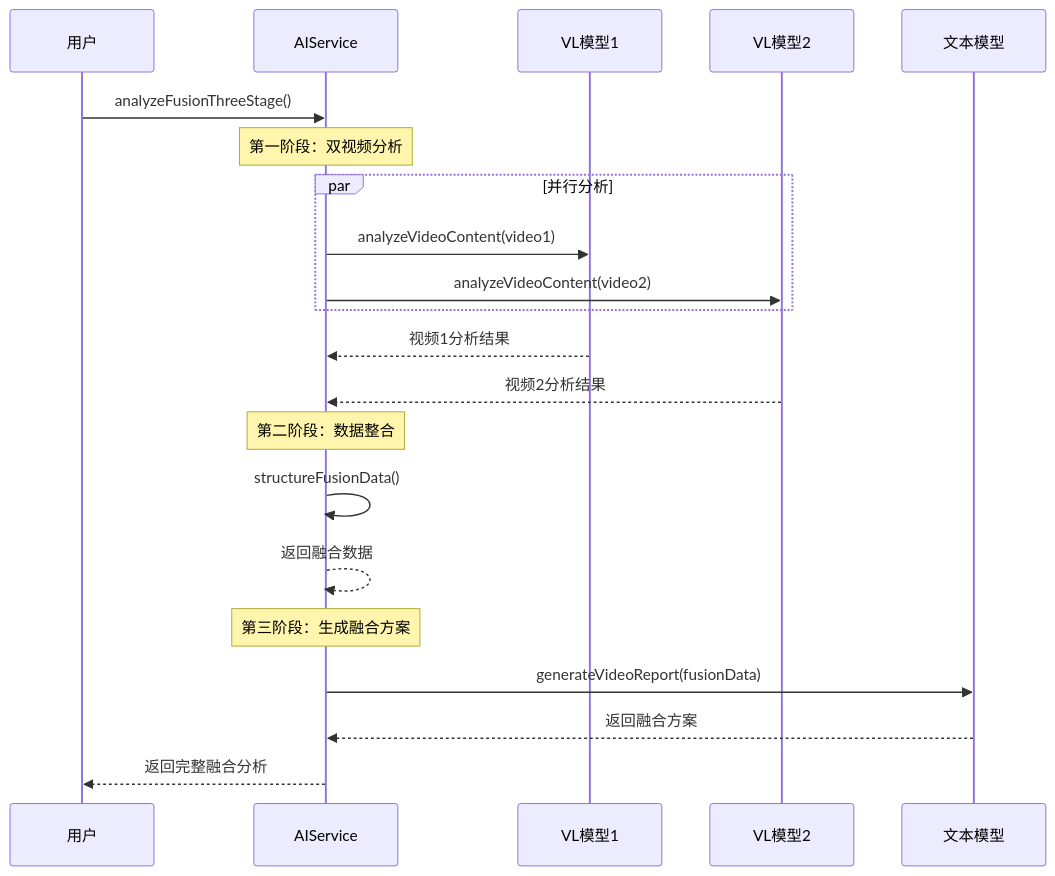
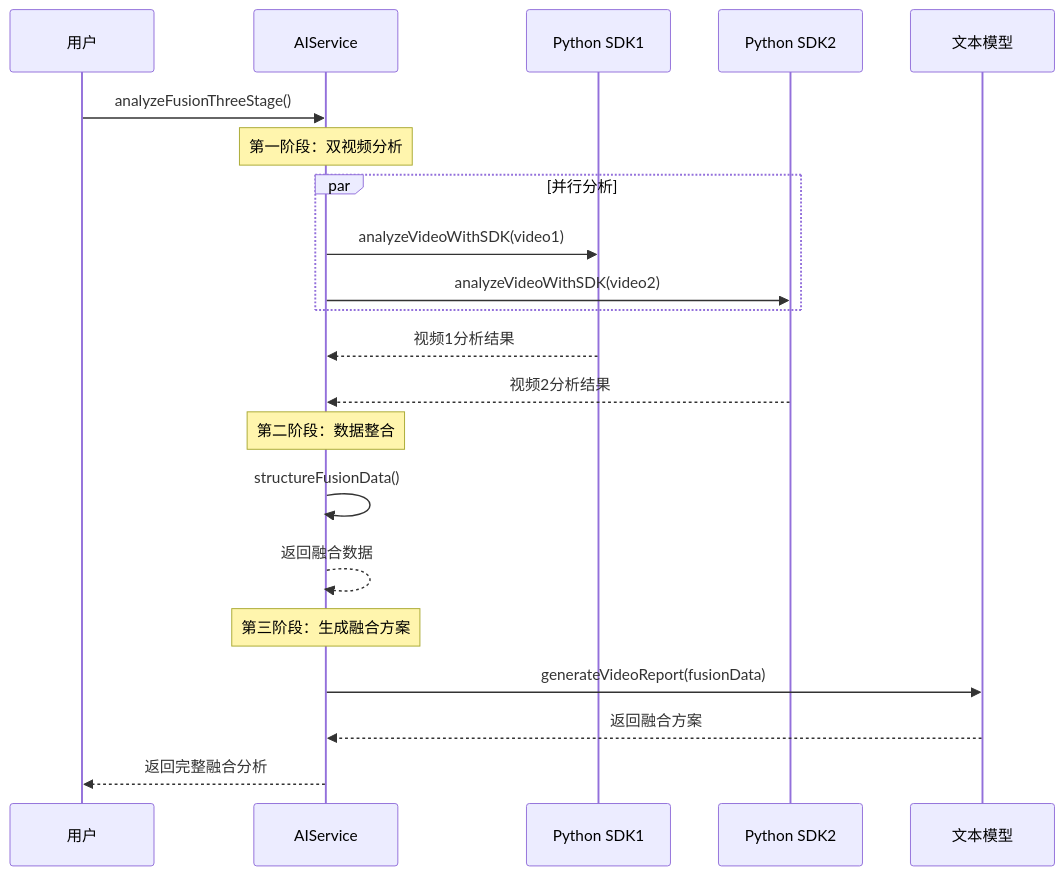
Before and after one commit to yuxiaoxiao2025/newvedio-project: the eighth of 11 diagrams in .qoder/repowiki/zh/content/后端架构/服务层设计/AI服务.md, drawn with Mermaid. The commit also changed other lines of this file and 11 other files, not shown here.

````diff
--- a/.qoder/repowiki/zh/content/后端架构/服务层设计/AI服务.md
+++ b/.qoder/repowiki/zh/content/后端架构/服务层设计/AI服务.md
@@ -247,23 +309,23 @@
 ```mermaid
 sequenceDiagram
 participant User as 用户
 participant Service as AIService
-participant VL1 as VL模型1
-participant VL2 as VL模型2
+participant SDK1 as Python SDK1
+participant SDK2 as Python SDK2
 participant Text as 文本模型
 User->>Service : analyzeFusionThreeStage()
 Note over Service : 第一阶段：双视频分析
 par 并行分析
-Service->>VL1 : analyzeVideoContent(video1)
-Service->>VL2 : analyzeVideoContent(video2)
+Service->>SDK1 : analyzeVideoWithSDK(video1)
+Service->>SDK2 : analyzeVideoWithSDK(video2)
 end
-VL1-->>Service : 视频1分析结果
-VL2-->>Service : 视频2分析结果
+SDK1-->>Service : 视频1分析结果
+SDK2-->>Service : 视频2分析结果
 Note over Service : 第二阶段：数据整合
 Service->>Service : structureFusionData()
 Service-->>Service : 返回融合数据
 Note over Service : 第三阶段：生成融合方案
 Service->>Text : generateVideoReport(fusionData)
 Text-->>Service : 返回融合方案
 Service-->>User : 返回完整融合分析
 ```
````
